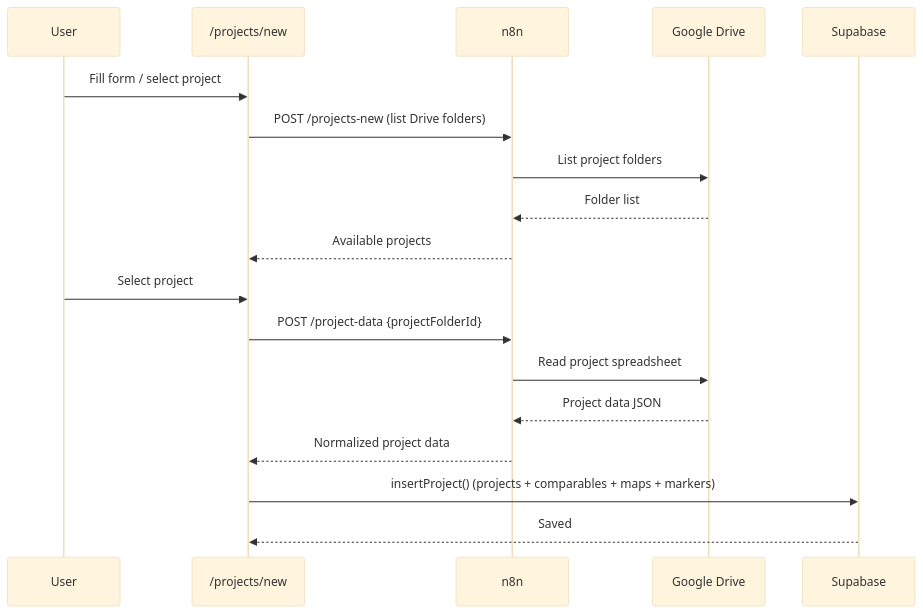
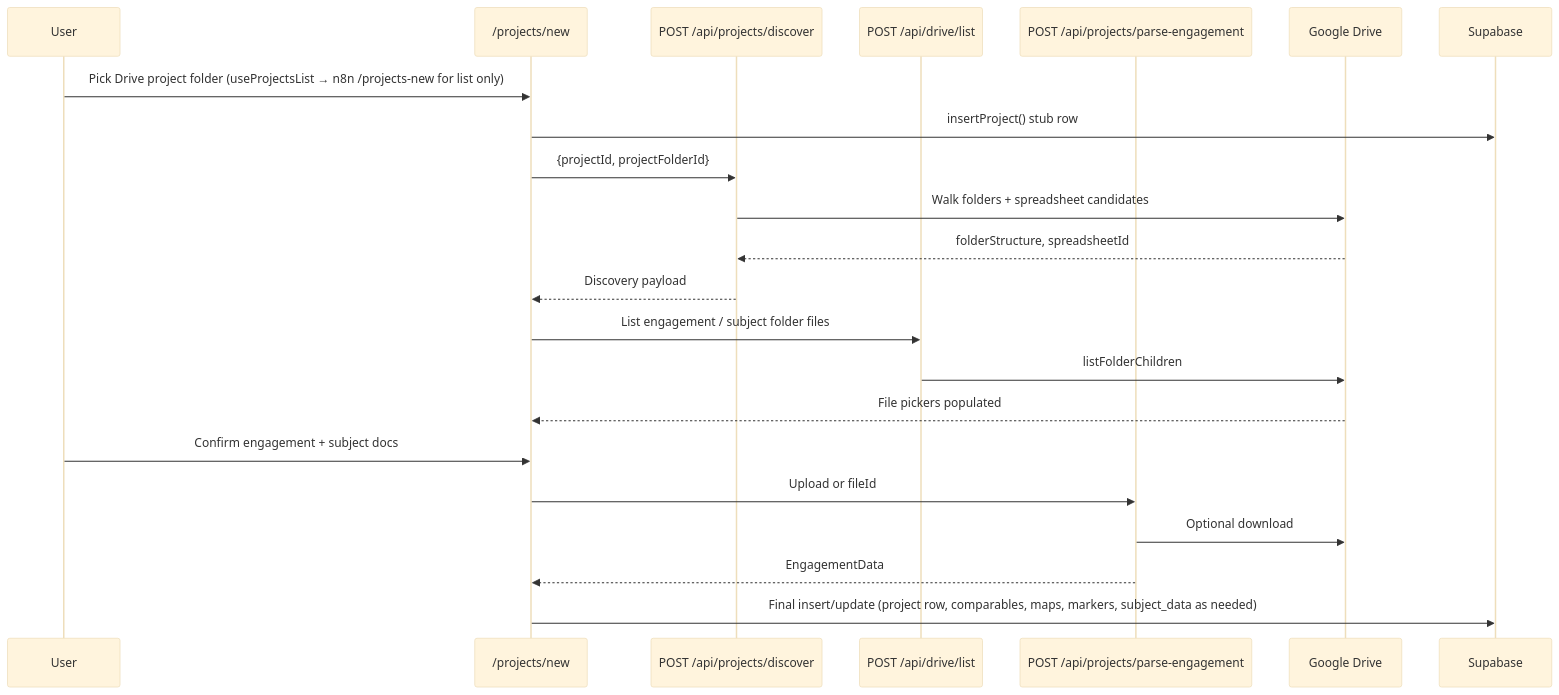
The first of 8 diagrams in docs/product/data-flow.md (dougiefresh49/appraisal-comps-map), drawn with Mermaid (base theme) before and after one commit. The commit also changed other lines of this file and 4 other files, not shown here.

First line of the commit message:
docs(product): refresh Issue 019 — API, n8n, architecture, data flow

````diff
--- a/docs/product/data-flow.md
+++ b/docs/product/data-flow.md
@@ -11,23 +11,28 @@
 ```mermaid
 sequenceDiagram
     participant User
     participant NewProjectPage as /projects/new
-    participant N8N as n8n
+    participant Discover as POST /api/projects/discover
+    participant DriveList as POST /api/drive/list
+    participant ParseEng as POST /api/projects/parse-engagement
     participant GDrive as Google Drive
     participant Supabase
 
-    User->>NewProjectPage: Fill form / select project
-    NewProjectPage->>N8N: POST /projects-new (list Drive folders)
-    N8N->>GDrive: List project folders
-    GDrive-->>N8N: Folder list
-    N8N-->>NewProjectPage: Available projects
+    User->>NewProjectPage: Pick Drive project folder (useProjectsList → n8n /projects-new for list only)
+    NewProjectPage->>Supabase: insertProject() stub row
+    NewProjectPage->>Discover: {projectId, projectFolderId}
+    Discover->>GDrive: Walk folders + spreadsheet candidates
+    GDrive-->>Discover: folderStructure, spreadsheetId
+    Discover-->>NewProjectPage: Discovery payload
 
-    User->>NewProjectPage: Select project
-    NewProjectPage->>N8N: POST /project-data {projectFolderId}
-    N8N->>GDrive: Read project spreadsheet
-    GDrive-->>N8N: Project data JSON
-    N8N-->>NewProjectPage: Normalized project data
+    NewProjectPage->>DriveList: List engagement / subject folder files
+    DriveList->>GDrive: listFolderChildren
+    GDrive-->>NewProjectPage: File pickers populated
 
-    NewProjectPage->>Supabase: insertProject() (projects + comparables + maps + markers)
-    Supabase-->>NewProjectPage: Saved
+    User->>NewProjectPage: Confirm engagement + subject docs
+    NewProjectPage->>ParseEng: Upload or fileId
+    ParseEng->>GDrive: Optional download
+    ParseEng-->>NewProjectPage: EngagementData
+
+    NewProjectPage->>Supabase: Final insert/update (project row, comparables, maps, markers, subject_data as needed)
 ```
````
